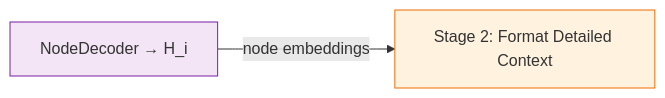
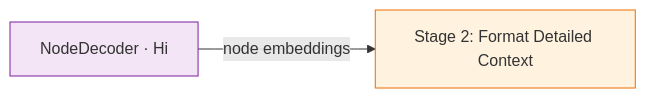
The fourth of 7 diagrams in docs/methodology/engine_integration.md (robguilarr/s-graphllm), drawn with Mermaid before and after one commit. The commit also changed other lines of this file and 3 other files, not shown here.

Commit message:
Mermaid update

````diff
--- a/docs/methodology/engine_integration.md
+++ b/docs/methodology/engine_integration.md
@@ -243,7 +229,7 @@
 ```mermaid
 flowchart LR
-    ND["NodeDecoder → H_i"] -- "node embeddings" --> S2["Stage 2: Format Detailed Context"]
+    ND["NodeDecoder · Hi"] -- "node embeddings" --> S2["Stage 2: Format Detailed Context"]
 
     style ND fill:#f3e5f5,stroke:#7b1fa2
     style S2 fill:#fff3e0,stroke:#ef6c00
 ```
````
